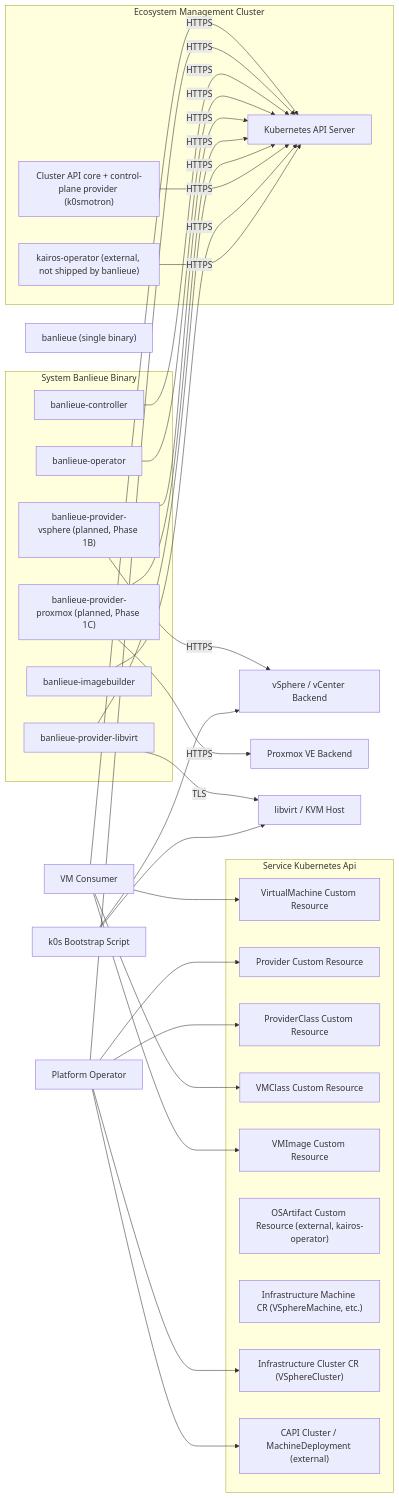
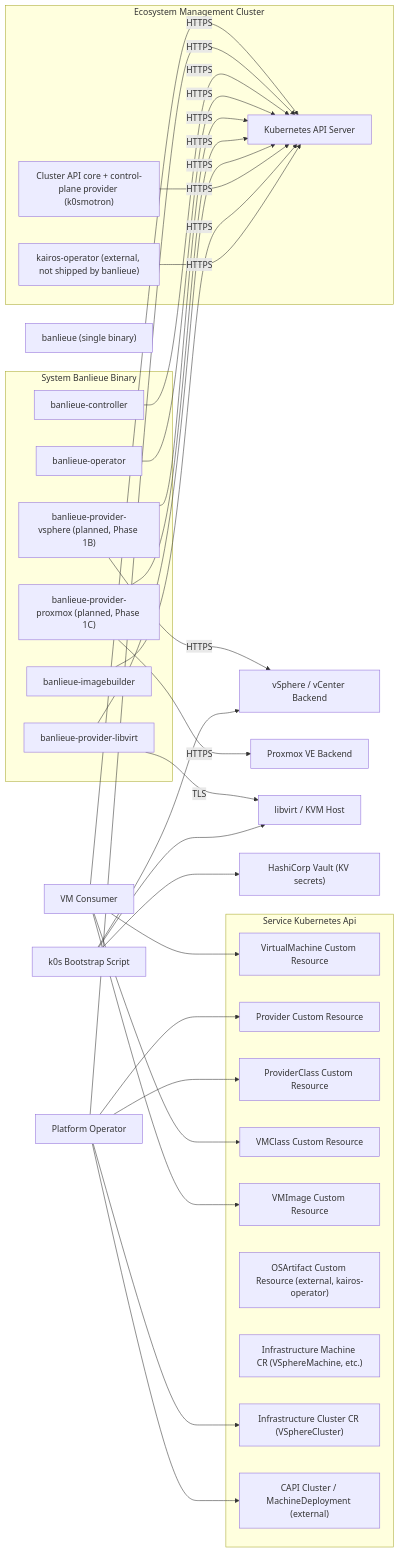
The diagram in docs/src/architecture/system.md (firestoned/banlieue), drawn with Mermaid before and after one commit. The commit also changed 52 other files, not shown here.

````diff
--- a/docs/src/architecture/system.md
+++ b/docs/src/architecture/system.md
@@ -22,80 +22,82 @@
 ```mermaid
 flowchart LR
     actor-vm-consumer["VM Consumer"]
     actor-platform-operator["Platform Operator"]
     service-kubernetes-api["Kubernetes API Server"]
     service-banlieue-controller["banlieue-controller"]
     service-banlieue-operator["banlieue-operator"]
     service-provider-vsphere["banlieue-provider-vsphere (planned, Phase 1B)"]
     service-provider-proxmox["banlieue-provider-proxmox (planned, Phase 1C)"]
     service-provider-libvirt["banlieue-provider-libvirt"]
     service-banlieue-imagebuilder["banlieue-imagebuilder"]
     service-kairos-operator["kairos-operator (external, not shipped by banlieue)"]
     system-banlieue-binary["banlieue (single binary)"]
     network-vsphere-backend["vSphere / vCenter Backend"]
     network-proxmox-backend["Proxmox VE Backend"]
     network-libvirt-backend["libvirt / KVM Host"]
+    network-vault-backend["HashiCorp Vault (KV secrets)"]
     data-asset-virtualmachine-cr["VirtualMachine Custom Resource"]
     data-asset-provider-cr["Provider Custom Resource"]
     data-asset-providerclass-cr["ProviderClass Custom Resource"]
     data-asset-vmclass-cr["VMClass Custom Resource"]
     data-asset-vmimage-cr["VMImage Custom Resource"]
     data-asset-osartifact-cr["OSArtifact Custom Resource (external, kairos-operator)"]
     data-asset-infra-machine-cr["Infrastructure Machine CR (VSphereMachine, etc.)"]
     data-asset-infra-cluster-cr["Infrastructure Cluster CR (VSphereCluster)"]
     data-asset-capi-cluster-cr["CAPI Cluster / MachineDeployment (external)"]
     service-capi-core["Cluster API core + control-plane provider (k0smotron)"]
     system-k0s-bootstrap["k0s Bootstrap Script"]
     subgraph sg_system-banlieue-binary [System Banlieue Binary]
         service-banlieue-controller
         service-banlieue-operator
         service-provider-vsphere
         service-provider-proxmox
         service-provider-libvirt
         service-banlieue-imagebuilder
     end
     subgraph sg_ecosystem-management-cluster [Ecosystem Management Cluster]
         service-banlieue-controller
         service-banlieue-operator
         service-kubernetes-api
         service-capi-core
         service-provider-vsphere
         service-provider-proxmox
         service-provider-libvirt
         service-banlieue-imagebuilder
         service-kairos-operator
     end
     subgraph sg_service-kubernetes-api [Service Kubernetes Api]
         data-asset-virtualmachine-cr
         data-asset-provider-cr
         data-asset-providerclass-cr
         data-asset-vmclass-cr
         data-asset-vmimage-cr
         data-asset-osartifact-cr
         data-asset-infra-machine-cr
         data-asset-infra-cluster-cr
         data-asset-capi-cluster-cr
     end
     actor-vm-consumer --> data-asset-virtualmachine-cr
     actor-vm-consumer --> data-asset-vmclass-cr
     actor-vm-consumer --> data-asset-vmimage-cr
     actor-platform-operator --> data-asset-provider-cr
     actor-platform-operator --> data-asset-providerclass-cr
     actor-platform-operator --> data-asset-capi-cluster-cr
     actor-platform-operator --> data-asset-infra-cluster-cr
     actor-vm-consumer -->|HTTPS| service-kubernetes-api
     actor-platform-operator -->|HTTPS| service-kubernetes-api
     service-banlieue-controller -->|HTTPS| service-kubernetes-api
     service-banlieue-operator -->|HTTPS| service-kubernetes-api
     service-provider-vsphere -->|HTTPS| service-kubernetes-api
     service-provider-proxmox -->|HTTPS| service-kubernetes-api
     service-provider-libvirt -->|HTTPS| service-kubernetes-api
     service-capi-core -->|HTTPS| service-kubernetes-api
     service-banlieue-imagebuilder -->|HTTPS| service-kubernetes-api
     service-kairos-operator -->|HTTPS| service-kubernetes-api
     service-provider-vsphere -->|HTTPS| network-vsphere-backend
     service-provider-proxmox -->|HTTPS| network-proxmox-backend
     service-provider-libvirt -->|TLS| network-libvirt-backend
     system-k0s-bootstrap --> network-vsphere-backend
     system-k0s-bootstrap --> network-libvirt-backend
+    system-k0s-bootstrap --> network-vault-backend
 ```
````
